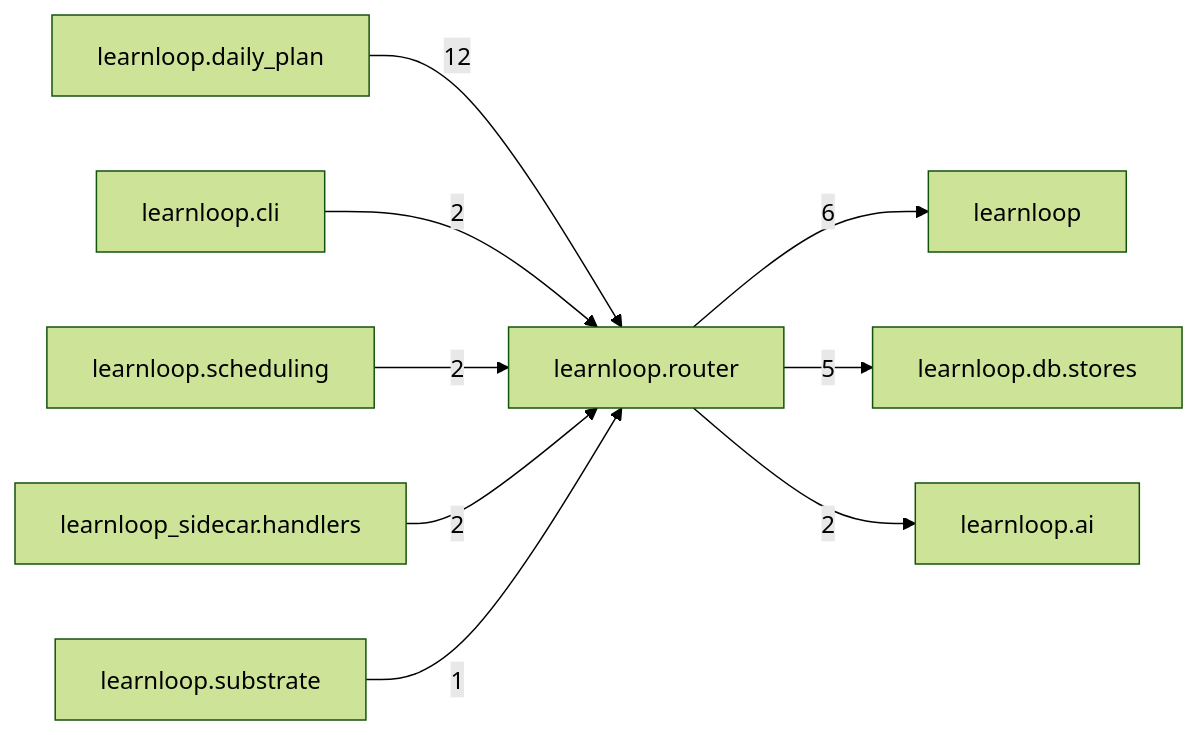
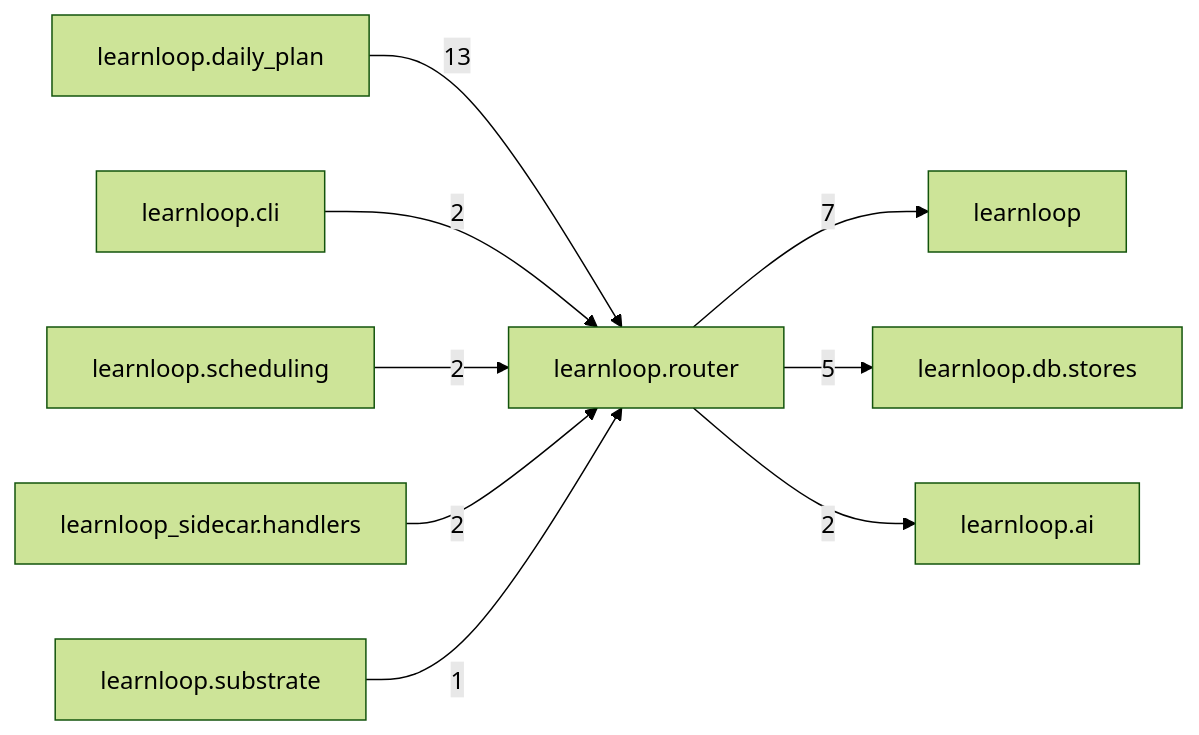
Before and after one commit to 6up-b/learnanything: the diagram in docs/learnloop-architecture-vault/Reference/Modules/learnloop/router/_package.md, drawn with Mermaid (forest theme). The commit also changed other lines of this file and 601 other files, not shown here.

````diff
--- a/docs/learnloop-architecture-vault/Reference/Modules/learnloop/router/_package.md
+++ b/docs/learnloop-architecture-vault/Reference/Modules/learnloop/router/_package.md
@@ -85,20 +87,20 @@
 ```mermaid
 flowchart LR
     center["learnloop.router"]
     n_learnloop_daily_plan["learnloop.daily_plan"]
     n_learnloop["learnloop"]
     n_learnloop_db_stores["learnloop.db.stores"]
     n_learnloop_ai["learnloop.ai"]
     n_learnloop_cli["learnloop.cli"]
     n_learnloop_scheduling["learnloop.scheduling"]
     n_learnloop_sidecar_handlers["learnloop_sidecar.handlers"]
     n_learnloop_substrate["learnloop.substrate"]
-    n_learnloop_daily_plan -->|12| center
-    center -->|6| n_learnloop
+    n_learnloop_daily_plan -->|13| center
+    center -->|7| n_learnloop
     center -->|5| n_learnloop_db_stores
     center -->|2| n_learnloop_ai
     n_learnloop_cli -->|2| center
     n_learnloop_scheduling -->|2| center
     n_learnloop_sidecar_handlers -->|2| center
     n_learnloop_substrate -->|1| center
 ```
````
